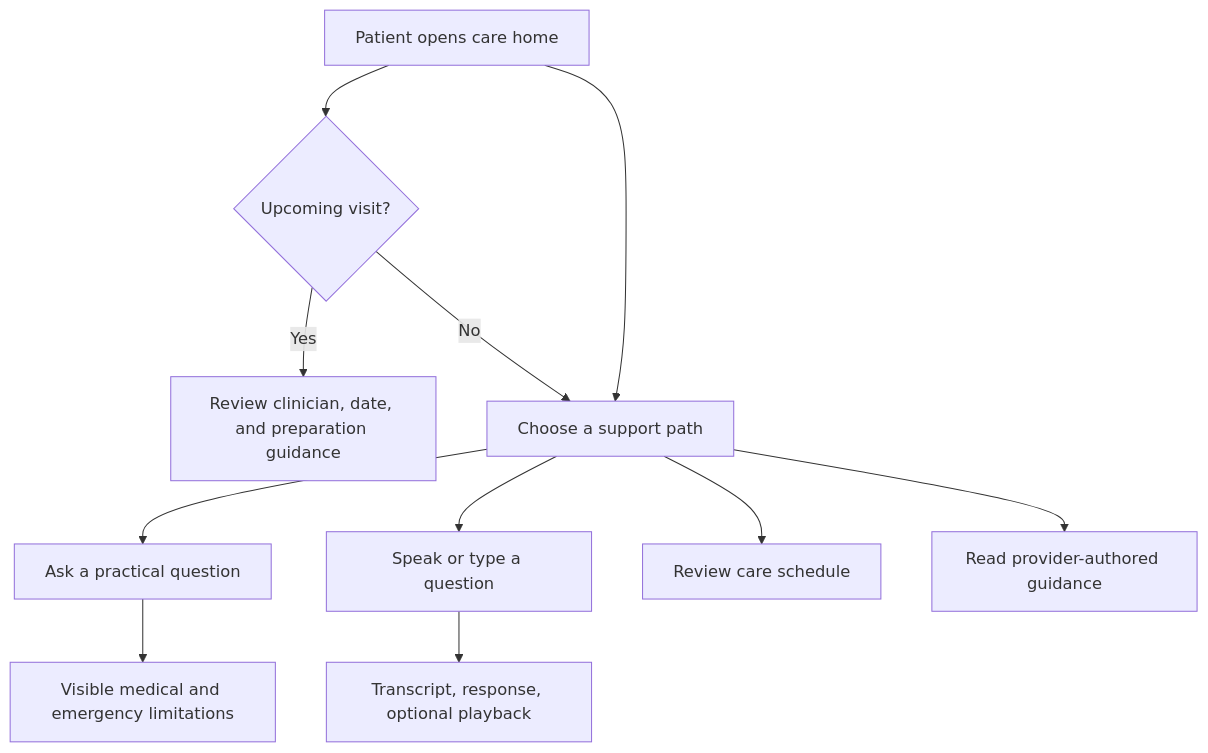
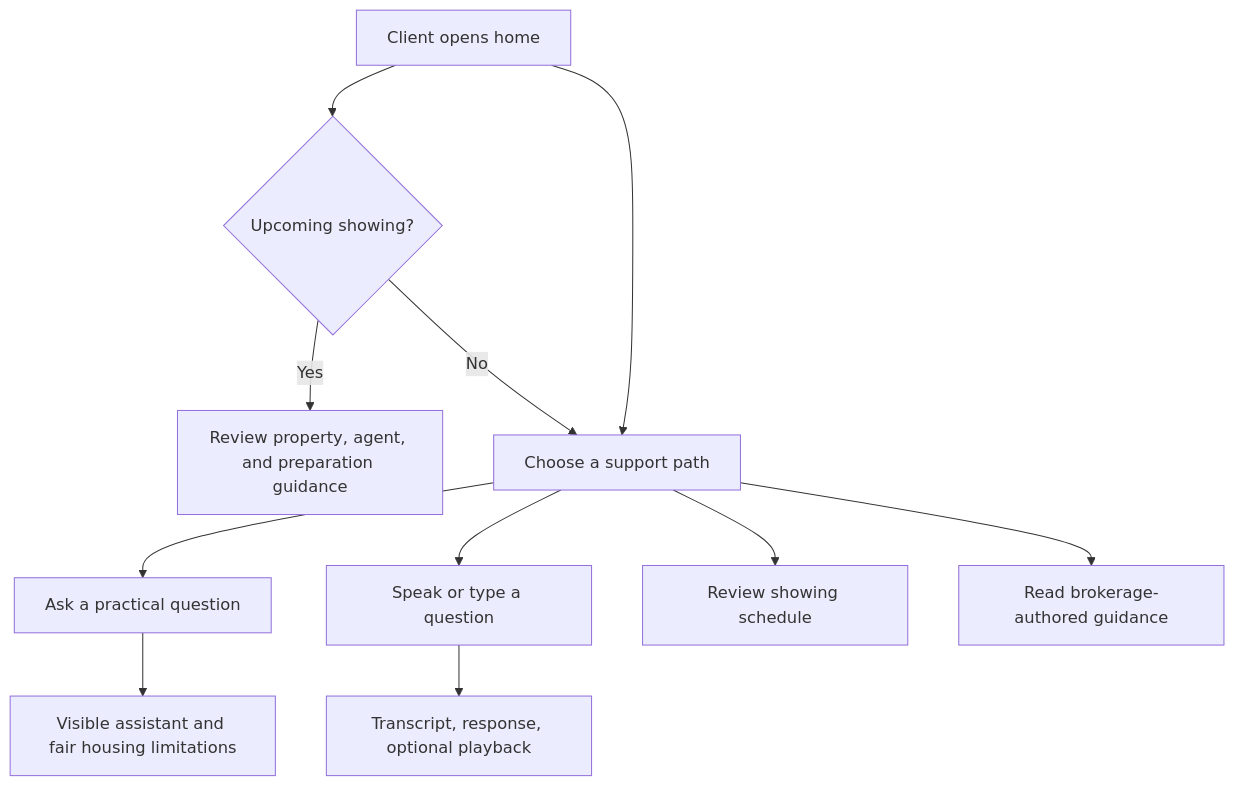
The third of 6 diagrams in README.md (ax5hay/AURIXA), drawn with Mermaid before and after one commit. The commit also changed other lines of this file and 131 other files, not shown here.

````diff
--- a/README.md
+++ b/README.md
@@ -198,13 +198,13 @@
 ```mermaid
 flowchart TD
-    PatientHome["Patient opens care home"] --> NextVisit{"Upcoming visit?"}
-    NextVisit -->|Yes| VisitDetails["Review clinician, date, and preparation guidance"]
-    NextVisit -->|No| SupportChoice["Choose a support path"]
-    PatientHome --> SupportChoice
+    ClientHome["Client opens home"] --> NextShowing{"Upcoming showing?"}
+    NextShowing -->|Yes| ShowingDetails["Review property, agent, and preparation guidance"]
+    NextShowing -->|No| SupportChoice["Choose a support path"]
+    ClientHome --> SupportChoice
     SupportChoice --> Messages["Ask a practical question"]
     SupportChoice --> Voice["Speak or type a question"]
-    SupportChoice --> Appointments["Review care schedule"]
-    SupportChoice --> Help["Read provider-authored guidance"]
-    Messages --> Limitation["Visible medical and emergency limitations"]
+    SupportChoice --> Showings["Review showing schedule"]
+    SupportChoice --> Help["Read brokerage-authored guidance"]
+    Messages --> Limitation["Visible assistant and fair housing limitations"]
     Voice --> Transcript["Transcript, response, optional playback"]
 ```
````
